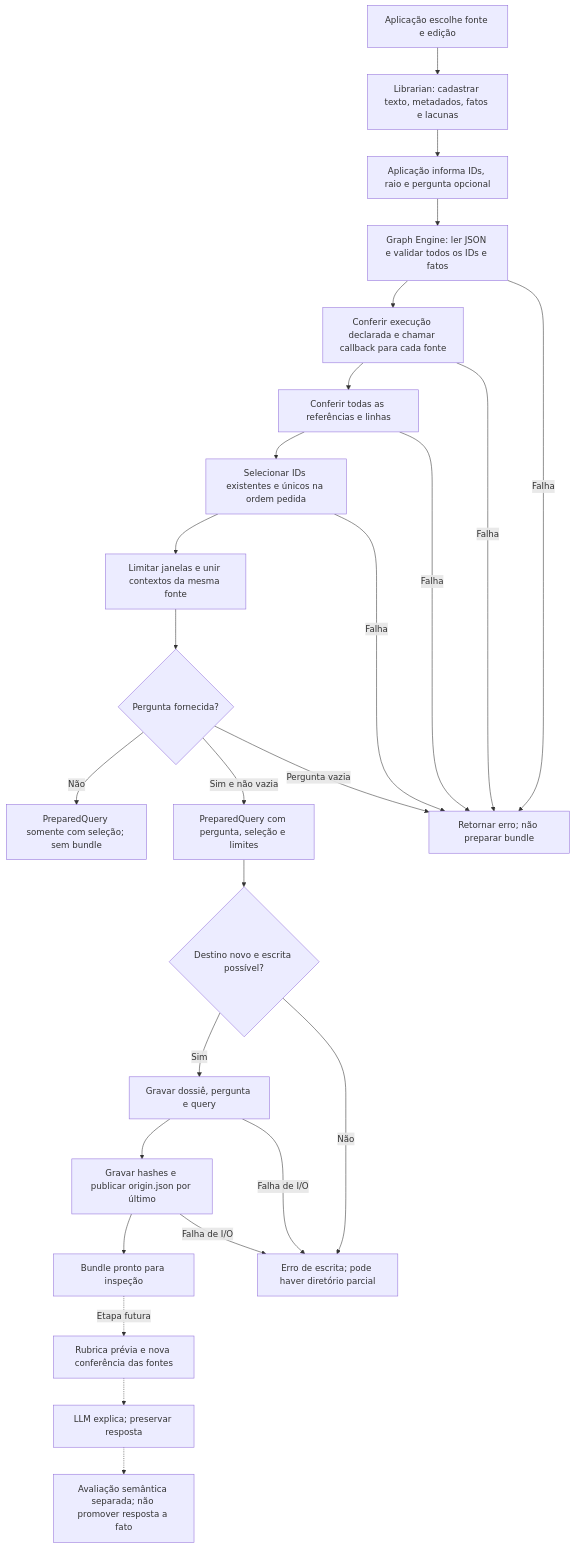
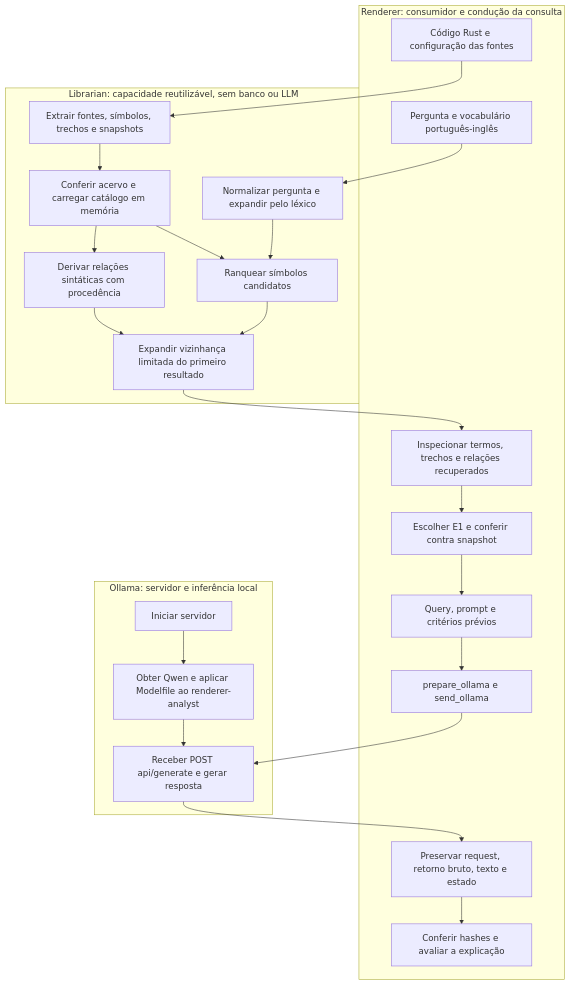
One commit to ViniciusSJV/librarian changed the diagram in WORKFLOW.md. Above: the diagram before and after it, drawn with Mermaid. The commit also changed other lines of this file and 16 other files, not shown here.

````diff
--- a/WORKFLOW.md
+++ b/WORKFLOW.md
@@ -7,24 +7,34 @@
 ```mermaid
 flowchart TD
-    A[Aplicação escolhe fonte e edição] --> B[Librarian: cadastrar texto, metadados, fatos e lacunas]
-    B --> C[Aplicação informa IDs, raio e pergunta opcional]
-    C --> D[Graph Engine: ler JSON e validar todos os IDs e fatos]
-    D --> E[Conferir execução declarada e chamar callback para cada fonte]
-    E --> F[Conferir todas as referências e linhas]
-    F --> G[Selecionar IDs existentes e únicos na ordem pedida]
-    G --> H[Limitar janelas e unir contextos da mesma fonte]
-    H --> I{Pergunta fornecida?}
-    I -->|Não| J[PreparedQuery somente com seleção; sem bundle]
-    I -->|Sim e não vazia| K[PreparedQuery com pergunta, seleção e limites]
-    K --> L{Destino novo e escrita possível?}
-    L -->|Sim| M[Gravar dossiê, pergunta e query]
-    M --> N[Gravar hashes e publicar origin.json por último]
-    N --> O[Bundle pronto para inspeção]
-    D & E & F & G -->|Falha| X[Retornar erro; não preparar bundle]
-    I -->|Pergunta vazia| X
-    L -->|Não| Y[Erro de escrita; pode haver diretório parcial]
-    M & N -->|Falha de I/O| Y
-    O -. Etapa futura .-> P[Rubrica prévia e nova conferência das fontes]
-    P -.-> Q[LLM explica; preservar resposta]
-    Q -.-> R[Avaliação semântica separada; não promover resposta a fato]
+    subgraph R[Renderer: consumidor e condução da consulta]
+        A[Código Rust e configuração das fontes]
+        Q[Pergunta e vocabulário português-inglês]
+        G[Inspecionar termos, trechos e relações recuperados]
+        H[Escolher E1 e conferir contra snapshot]
+        P[Query, prompt e critérios prévios]
+        I[prepare_ollama e send_ollama]
+        J[Preservar request, retorno bruto, texto e estado]
+        K[Conferir hashes e avaliar a explicação]
+    end
+    subgraph L[Librarian: capacidade reutilizável, sem banco ou LLM]
+        B[Extrair fontes, símbolos, trechos e snapshots]
+        C[Conferir acervo e carregar catálogo em memória]
+        D[Derivar relações sintáticas com procedência]
+        T[Normalizar pergunta e expandir pelo léxico]
+        E[Ranquear símbolos candidatos]
+        F[Expandir vizinhança limitada do primeiro resultado]
+    end
+    subgraph O[Ollama: servidor e inferência local]
+        S[Iniciar servidor]
+        M[Obter Qwen e aplicar Modelfile ao renderer-analyst]
+        N[Receber POST api/generate e gerar resposta]
+    end
+    A --> B --> C --> D
+    Q --> T --> E
+    C --> E
+    E --> F
+    D --> F
+    F --> G --> H --> P --> I
+    S --> M --> N
+    I --> N --> J --> K
 ```
````
